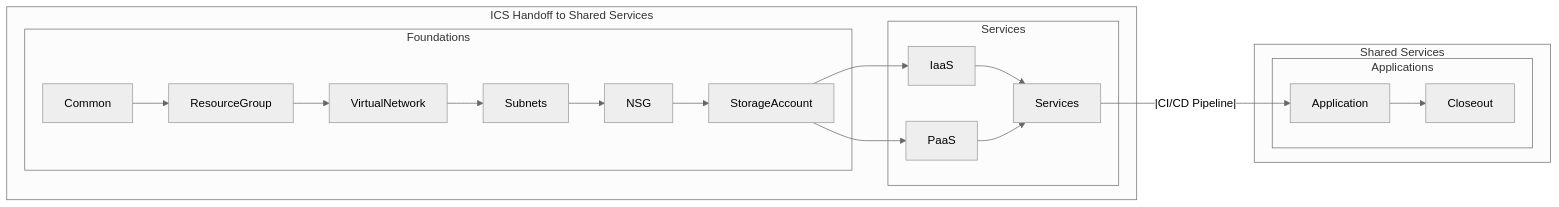
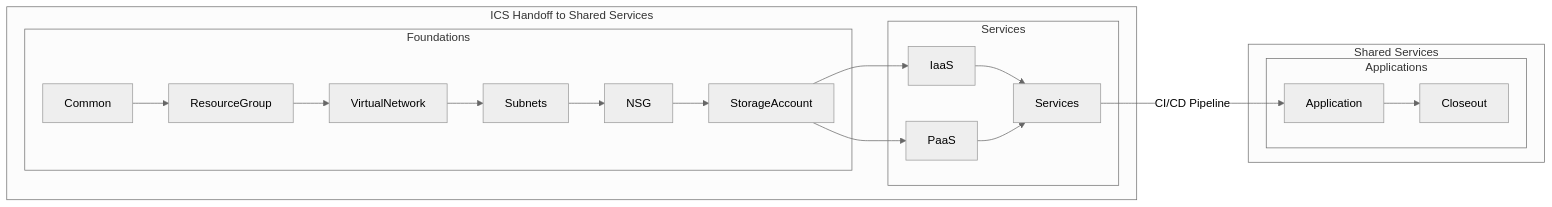
The first of 2 diagrams in azure-BlueShift/README.md (slagathor34/awx-lab), drawn with Mermaid (neutral theme) before and after one commit.

````diff
--- a/azure-BlueShift/README.md
+++ b/azure-BlueShift/README.md
@@ -15,26 +15,26 @@
 ```mermaid
 flowchart LR
   subgraph ICS Handoff to Shared Services
     subgraph Foundations
       Node0[Common] --> Node1[ResourceGroup]
       Node1[ResourceGroup] --> Node2[VirtualNetwork]
       Node2[VirtualNetwork] --> Node3[Subnets]
       Node3[Subnets] --> Node4[NSG]
       Node4[NSG] --> Node5[StorageAccount]
     end
     
     subgraph Services
       Node5[StorageAccount] --> Node6[IaaS]
       Node5[StorageAccount] --> Node7[PaaS]
       Node6[IaaS] --> Node8[Services]
       Node7[PaaS] --> Node8[Services]
     end
   end
   
   subgraph Shared Services
     subgraph Applications 
-      Node8[Services] -- |CI/CD Pipeline| --> Node9[Application]
+      Node8[Services] -- CI/CD Pipeline --> Node9[Application]
       Node9[Application] --> Node10[Closeout]
     end
   end
 ```
````
